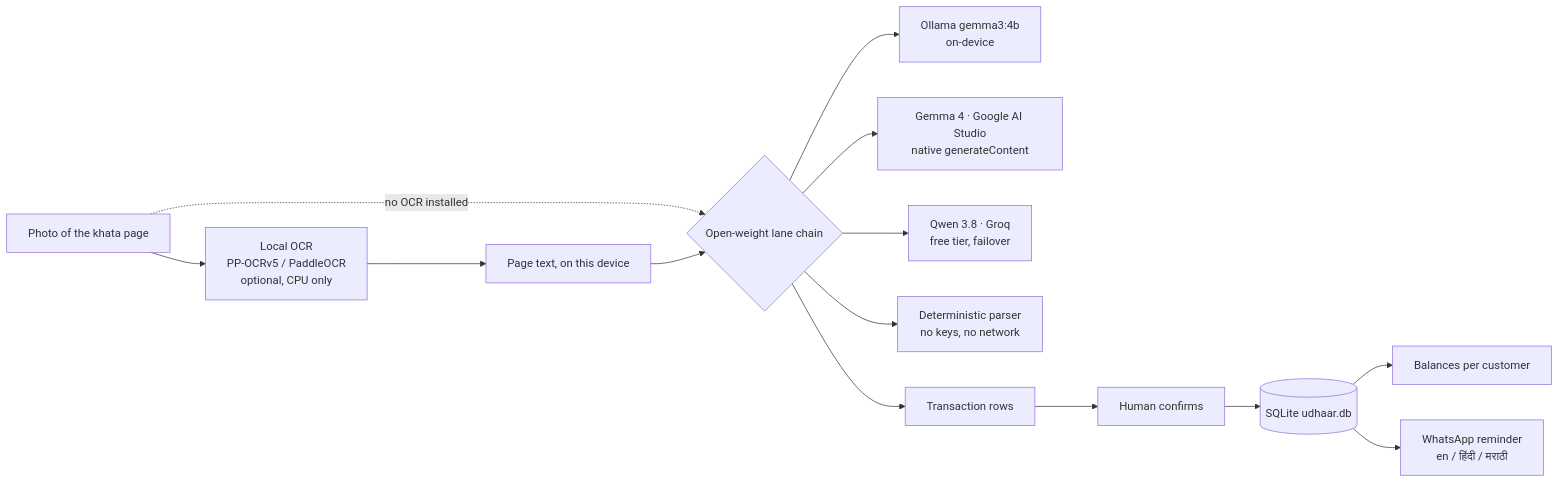
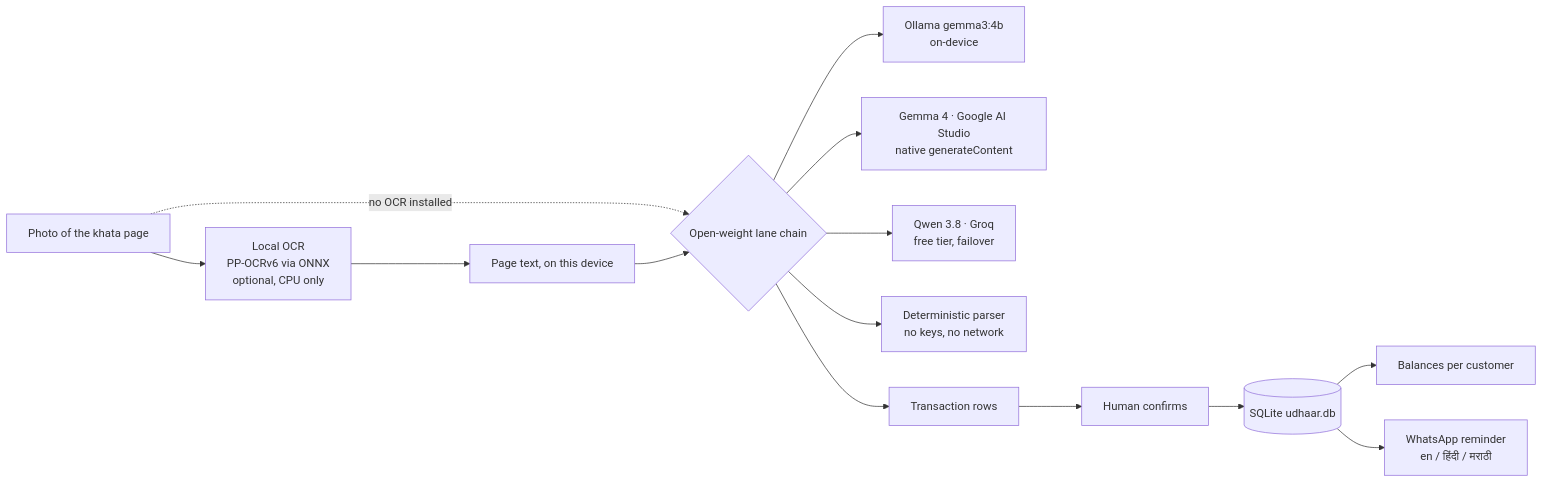
The diagram in README.md (ramantiw45/UdhaarBook), drawn with Mermaid before and after one commit. The commit also changed other lines of this file and 13 other files, not shown here.

````diff
--- a/README.md
+++ b/README.md
@@ -18,16 +18,16 @@
 ```mermaid
 flowchart LR
-  P[Photo of the khata page] --> O[Local OCR<br/>PP-OCRv5 / PaddleOCR<br/>optional, CPU only]
+  P[Photo of the khata page] --> O[Local OCR<br/>PP-OCRv6 via ONNX<br/>optional, CPU only]
   P -.->|no OCR installed| L
   O --> T[Page text, on this device]
   T --> L{Open-weight lane chain}
   L --> L1[Ollama gemma3:4b<br/>on-device]
   L --> L2[Gemma 4 · Google AI Studio<br/>native generateContent]
   L --> L3[Qwen 3.8 · Groq<br/>free tier, failover]
   L --> L4[Deterministic parser<br/>no keys, no network]
   L --> R[Transaction rows]
   R --> C[Human confirms]
   C --> D[(SQLite udhaar.db)]
   D --> B[Balances per customer]
   D --> W[WhatsApp reminder<br/>en / हिंदी / मराठी]
 ```
````
